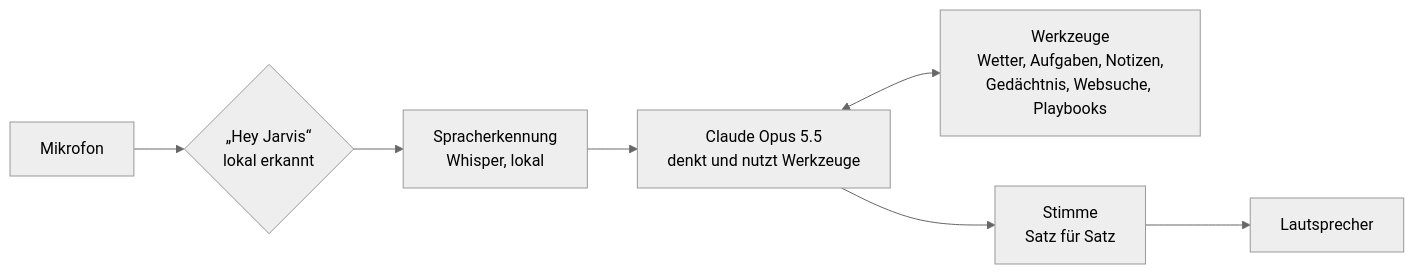
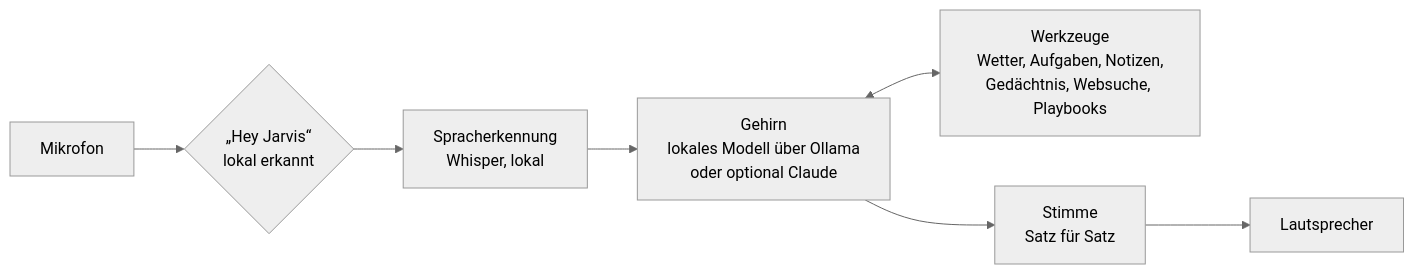
The diagram in jarvis/README.md (Bollotelli/claude-skills), drawn with Mermaid (neutral theme) before and after one commit. The commit also changed other lines of this file and 13 other files, not shown here.

````diff
--- a/jarvis/README.md
+++ b/jarvis/README.md
@@ -224,9 +246,9 @@
 ```mermaid
 flowchart LR
     M[Mikrofon] --> W{"„Hey Jarvis“<br/>lokal erkannt"}
     W --> S[Spracherkennung<br/>Whisper, lokal]
-    S --> C[Claude Opus 5.5<br/>denkt und nutzt Werkzeuge]
+    S --> C[Gehirn<br/>lokales Modell über Ollama<br/>oder optional Claude]
     C <--> T[Werkzeuge<br/>Wetter, Aufgaben, Notizen,<br/>Gedächtnis, Websuche, Playbooks]
     C --> V[Stimme<br/>Satz für Satz]
     V --> L[Lautsprecher]
 ```
````
